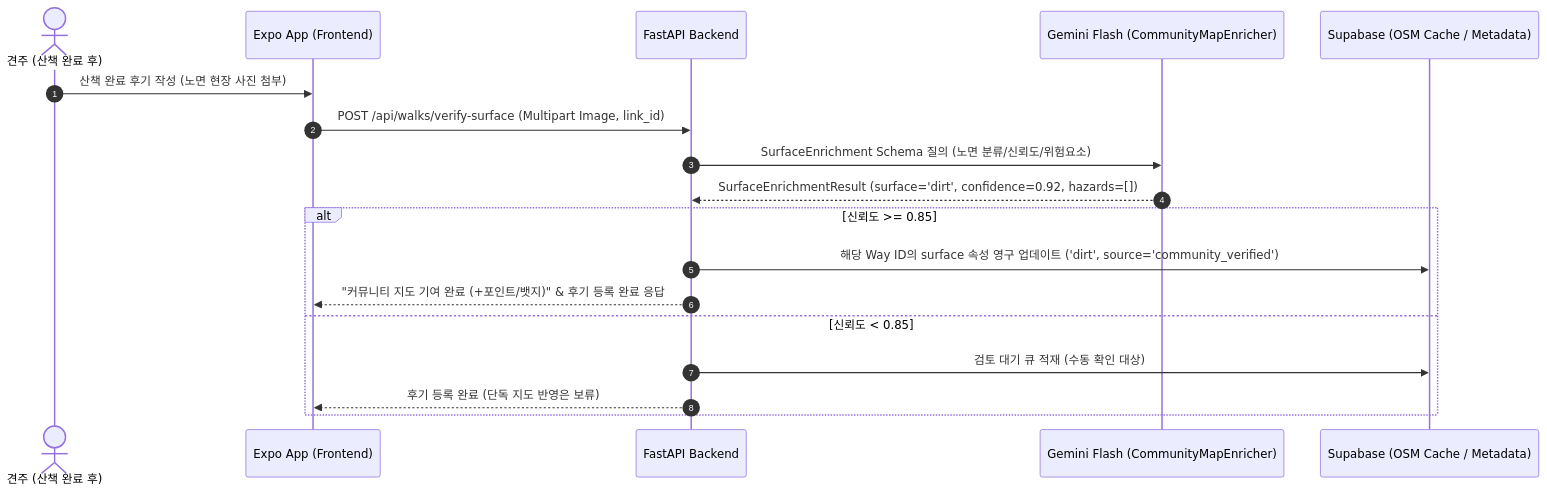
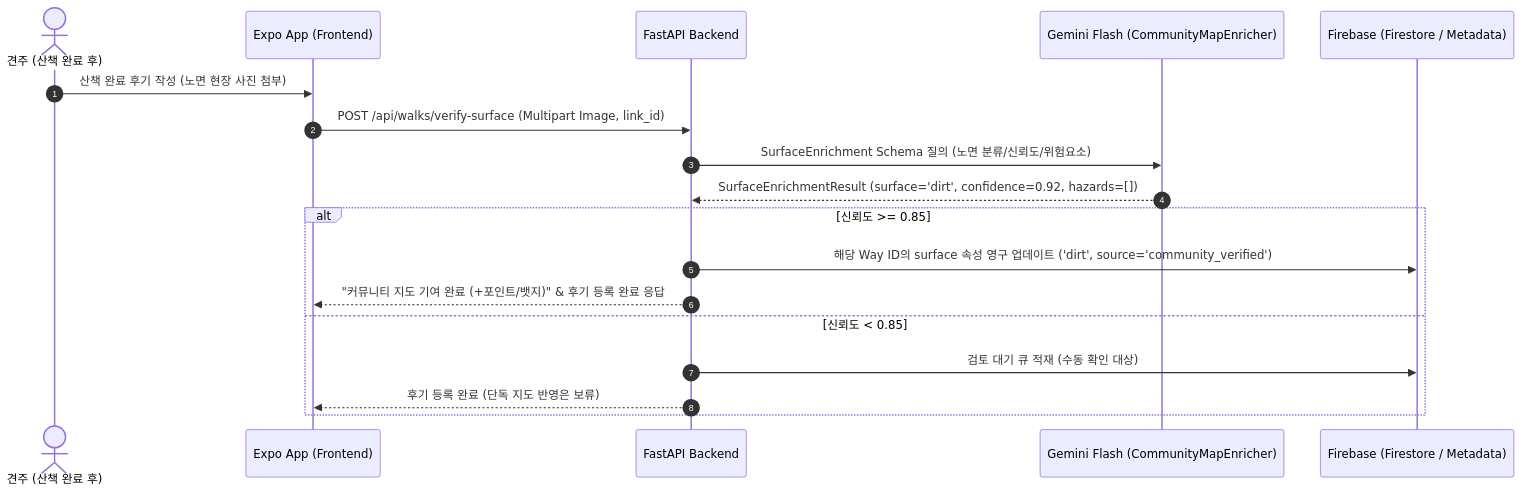
The sixth of 6 diagrams in docs/04_PawTrail_Architecture_Design.md (gigantess/PawTrail), drawn with Mermaid before and after one commit. The commit also changed other lines of this file and 6 other files, not shown here.

````diff
--- a/docs/04_PawTrail_Architecture_Design.md
+++ b/docs/04_PawTrail_Architecture_Design.md
@@ -393,21 +463,21 @@
 ```mermaid
 sequenceDiagram
     autonumber
     actor User as 견주 (산책 완료 후)
     participant Front as Expo App (Frontend)
     participant API as FastAPI Backend
     participant Vision as Gemini Flash (CommunityMapEnricher)
-    participant DB as Supabase (OSM Cache / Metadata)
+    participant DB as Firebase (Firestore / Metadata)
 
     User->>Front: 산책 완료 후기 작성 (노면 현장 사진 첨부)
     Front->>API: POST /api/walks/verify-surface (Multipart Image, link_id)
     API->>Vision: SurfaceEnrichment Schema 질의 (노면 분류/신뢰도/위험요소)
     Vision-->>API: SurfaceEnrichmentResult (surface='dirt', confidence=0.92, hazards=[])
     alt 신뢰도 >= 0.85
         API->>DB: 해당 Way ID의 surface 속성 영구 업데이트 ('dirt', source='community_verified')
         API-->>Front: "커뮤니티 지도 기여 완료 (+포인트/뱃지)" & 후기 등록 완료 응답
     else 신뢰도 < 0.85
         API->>DB: 검토 대기 큐 적재 (수동 확인 대상)
         API-->>Front: 후기 등록 완료 (단독 지도 반영은 보류)
     end
 ```
````
